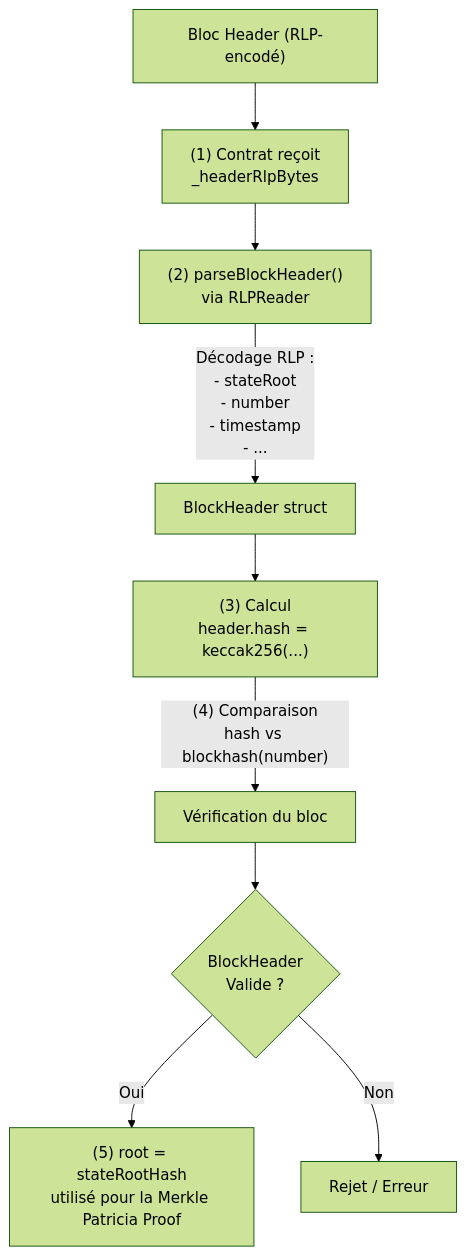
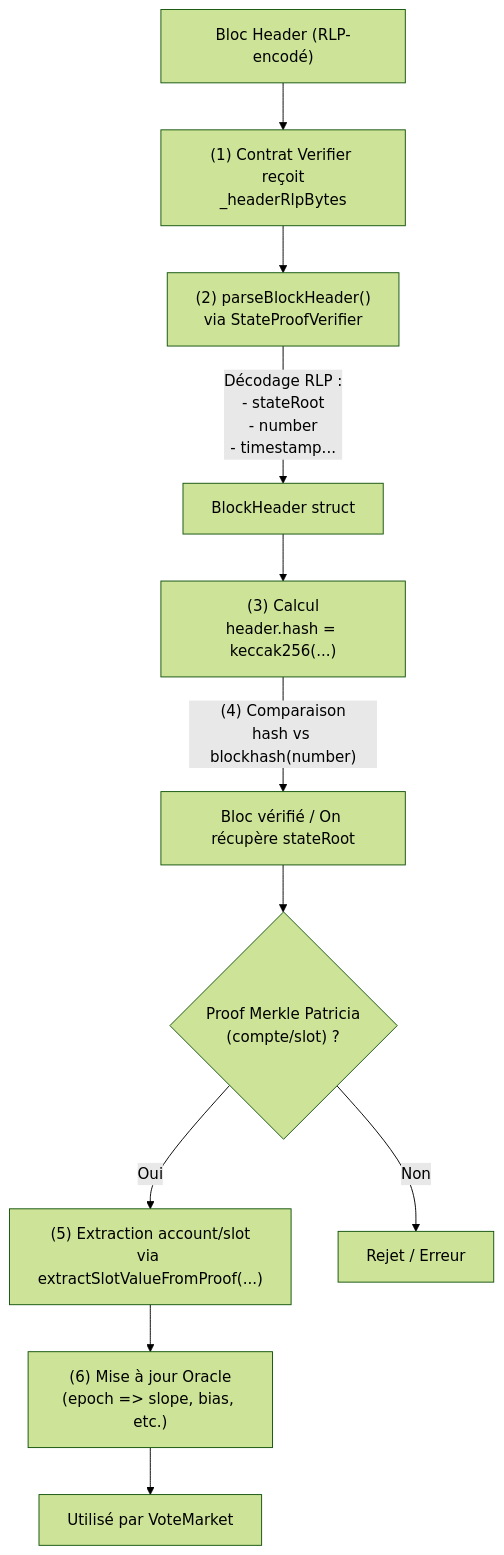
Before and after one commit to Le-Caignec/review-stakeDAO: the second of 2 diagrams in votemaket-v2/votemarket-v2.md, drawn with Mermaid (forest theme). The commit also changed other lines of this file, not shown here.

Commit message:
improve global schema

````diff
--- a/votemaket-v2/votemarket-v2.md
+++ b/votemaket-v2/votemarket-v2.md
@@ -130,11 +150,13 @@
 ```mermaid
 flowchart TB
-    A["Bloc Header (RLP-encodé)"] --> B["(1) Contrat reçoit<br/>_headerRlpBytes"]
-    B --> C["(2) parseBlockHeader() <br/>via RLPReader"]
-    C -->|"Décodage RLP :<br/>- stateRoot<br/>- number<br/>- timestamp<br/>- ..."| D["BlockHeader struct"]
+    A["Bloc Header (RLP-encodé)"] --> B["(1) Contrat Verifier reçoit<br/>_headerRlpBytes"]
+    B --> C["(2) parseBlockHeader() <br/>via StateProofVerifier"]
+    C -->|"Décodage RLP :<br/>- stateRoot<br/>- number<br/>- timestamp..."| D["BlockHeader struct"]
     D --> E["(3) Calcul<br/>header.hash = keccak256(...)"]
-    E -->|"(4) Comparaison<br/>hash vs blockhash(number)"| F["Vérification du bloc"]
-    F --> G{"BlockHeader<br/>Valide ?"}
-    G -- "Oui" --> H["(5) root = stateRootHash<br/>utilisé pour la Merkle Patricia Proof"]
+    E -->|"(4) Comparaison<br/>hash vs blockhash(number)"| F["Bloc vérifié / On récupère stateRoot"]
+    F --> G{"Proof Merkle Patricia<br/>(compte/slot) ?"}
+    G -- "Oui" --> H["(5) Extraction account/slot<br/>via extractSlotValueFromProof(...)"]
     G -- "Non" --> I["Rejet / Erreur"]
+    H --> J["(6) Mise à jour Oracle<br/>(epoch => slope, bias, etc.)"]
+    J --> K["Utilisé par VoteMarket"]
 ```
````
